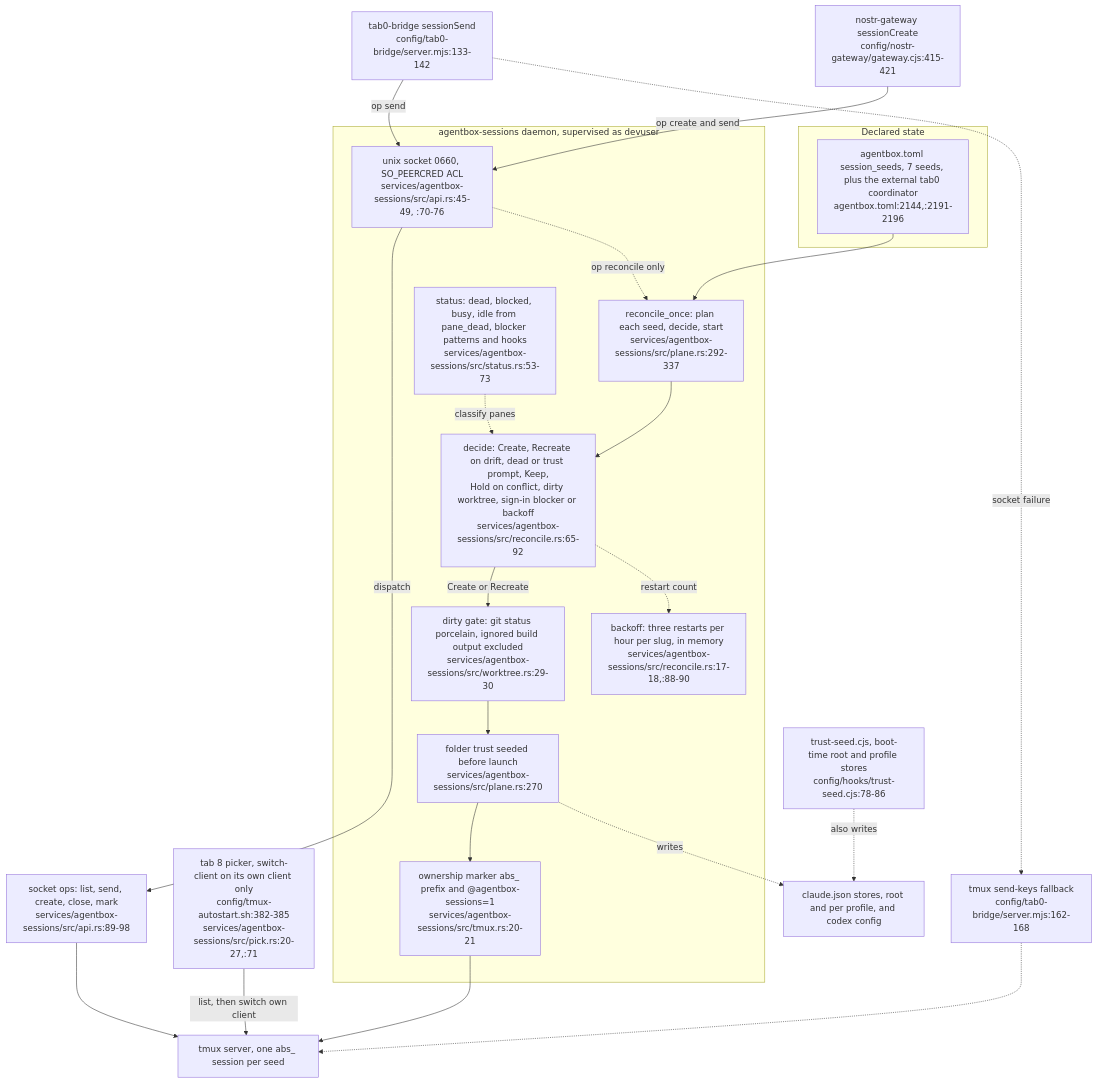
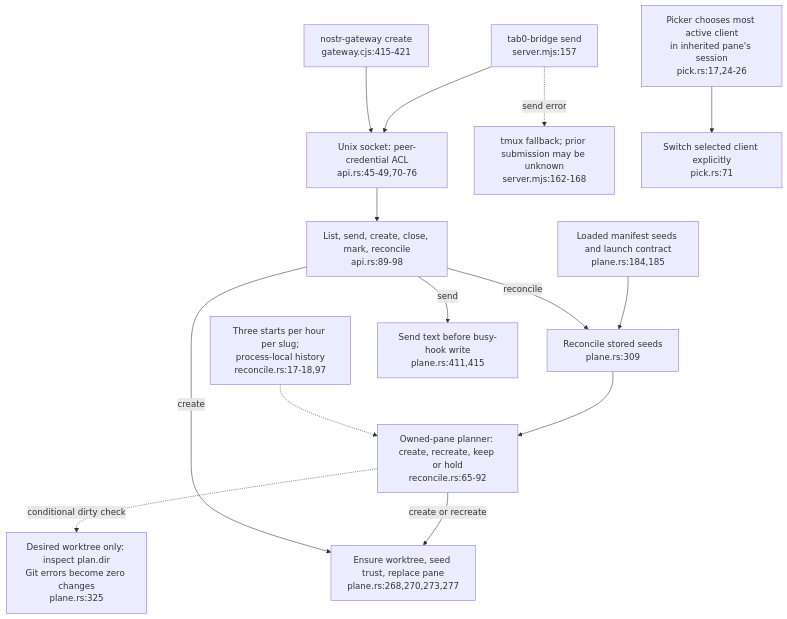
Before and after one commit to DreamLab-AI/VisionFlow: diagram 12 of 12 in docs/diagrams/agentbox/12-tab0-bridge-and-interaction-plane.md, drawn with Mermaid. The commit also changed other lines of this file and 71 other files, not shown here.

Commit message:
docs(audit): assess native agentbox session lifecycle

````diff
--- a/docs/diagrams/agentbox/12-tab0-bridge-and-interaction-plane.md
+++ b/docs/diagrams/agentbox/12-tab0-bridge-and-interaction-plane.md
@@ -523,43 +523,16 @@
 ```mermaid
-flowchart TB
-    subgraph DECL["Declared state"]
-        MAN["agentbox.toml session_seeds, 7 seeds, plus the external tab0 coordinator<br/>agentbox.toml:2144,:2191-2196"]
-    end
-    subgraph DAEMON["agentbox-sessions daemon, supervised as devuser"]
-        REC["reconcile_once: plan each seed, decide, start<br/>services/agentbox-sessions/src/plane.rs:292-337"]
-        DEC["decide: Create, Recreate on drift, dead or trust prompt, Keep,<br/>Hold on conflict, dirty worktree, sign-in blocker or backoff<br/>services/agentbox-sessions/src/reconcile.rs:65-92"]
-        DIRTY["dirty gate: git status porcelain, ignored build output excluded<br/>services/agentbox-sessions/src/worktree.rs:29-30"]
-        BACK["backoff: three restarts per hour per slug, in memory<br/>services/agentbox-sessions/src/reconcile.rs:17-18,:88-90"]
-        TRUST["folder trust seeded before launch<br/>services/agentbox-sessions/src/plane.rs:270"]
-        OWN["ownership marker abs_ prefix and @agentbox-sessions=1<br/>services/agentbox-sessions/src/tmux.rs:20-21"]
-        STAT["status: dead, blocked, busy, idle from pane_dead, blocker patterns and hooks<br/>services/agentbox-sessions/src/status.rs:53-73"]
-        SOCK["unix socket 0660, SO_PEERCRED ACL<br/>services/agentbox-sessions/src/api.rs:45-49, :70-76"]
-    end
-    TMUX["tmux server, one abs_ session per seed"]
-    PICK["tab 8 picker, switch-client on its own client only<br/>config/tmux-autostart.sh:382-385<br/>services/agentbox-sessions/src/pick.rs:20-27,:71"]
-    OPS["socket ops: list, send, create, close, mark<br/>services/agentbox-sessions/src/api.rs:89-98"]
-    STORES["claude.json stores, root and per profile, and codex config"]
-    TB["tab0-bridge sessionSend<br/>config/tab0-bridge/server.mjs:133-142"]
-    GW["nostr-gateway sessionCreate<br/>config/nostr-gateway/gateway.cjs:415-421"]
-    FB["tmux send-keys fallback<br/>config/tab0-bridge/server.mjs:162-168"]
-    TS["trust-seed.cjs, boot-time root and profile stores<br/>config/hooks/trust-seed.cjs:78-86"]
-
-    MAN --> REC
-    REC --> DEC
-    DEC -->|Create or Recreate| DIRTY
-    DIRTY --> TRUST
-    TRUST --> OWN
-    OWN --> TMUX
-    DEC -.->|restart count| BACK
-    STAT -.->|classify panes| DEC
-    TB -->|op send| SOCK
-    GW -->|op create and send| SOCK
-    SOCK -->|dispatch| OPS
-    OPS --> TMUX
-    SOCK -.->|op reconcile only| REC
-    TB -.->|socket failure| FB
-    FB -.-> TMUX
-    PICK -->|list, then switch own client| TMUX
-    TRUST -.->|writes| STORES
-    TS -.->|also writes| STORES
+flowchart TD
+    MAN["Loaded manifest seeds and launch contract<br/>plane.rs:184,185"] --> REC["Reconcile stored seeds<br/>plane.rs:309"]
+    REC --> DEC["Owned-pane planner: create, recreate, keep or hold<br/>reconcile.rs:65-92"]
+    DEC -.->|conditional dirty check| GATE["Desired worktree only: inspect plan.dir<br/>Git errors become zero changes<br/>plane.rs:325"]
+    DEC -->|create or recreate| START["Ensure worktree, seed trust, replace pane<br/>plane.rs:268,270,273,277"]
+    BACK["Three starts per hour per slug;<br/>process-local history<br/>reconcile.rs:17-18,97"] -.-> DEC
+    SOCK["Unix socket: peer-credential ACL<br/>api.rs:45-49,70-76"] --> OPS["List, send, create, close, mark, reconcile<br/>api.rs:89-98"]
+    OPS -->|create| START
+    OPS -->|reconcile| REC
+    OPS -->|send| INPUT["Send text before busy-hook write<br/>plane.rs:411,415"]
+    TB["tab0-bridge send<br/>server.mjs:157"] --> SOCK
+    GW["nostr-gateway create<br/>gateway.cjs:415-421"] --> SOCK
+    TB -.->|send error| FALL["tmux fallback; prior submission may be unknown<br/>server.mjs:162-168"]
+    PICK["Picker chooses most active client<br/>in inherited pane's session<br/>pick.rs:17,24-26"] --> TARGET["Switch selected client explicitly<br/>pick.rs:71"]
 ```
````
